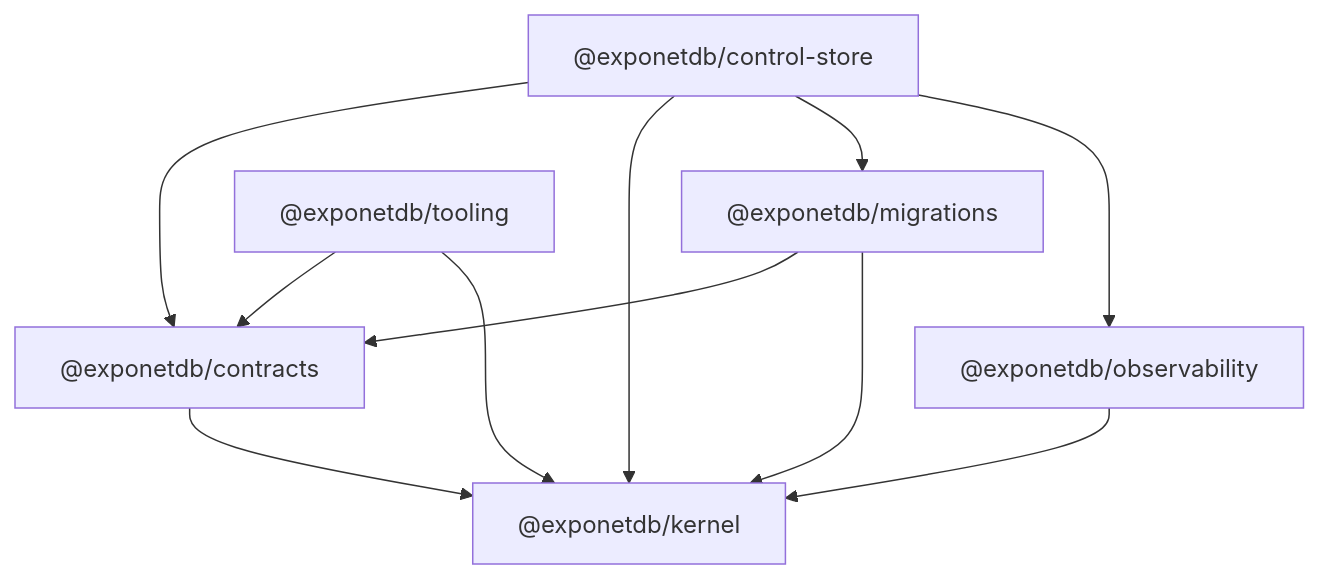
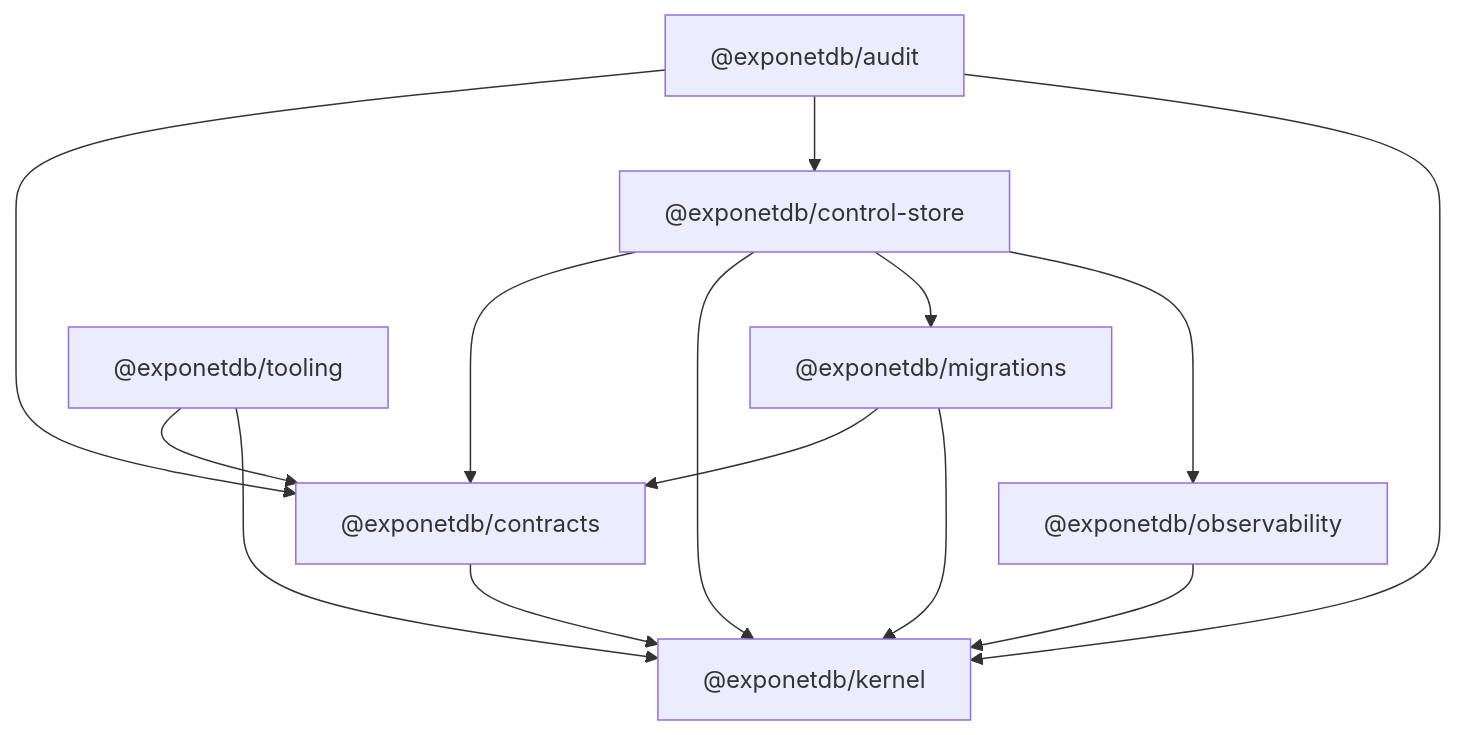
Before and after one commit to davdxpx/ExponetDB: the diagram in tooling/boundaries/package-graph.md, drawn with Mermaid. The commit also changed 46 other files, not shown here.

````diff
--- a/tooling/boundaries/package-graph.md
+++ b/tooling/boundaries/package-graph.md
@@ -7,19 +7,23 @@
 ```mermaid
 graph TD
+  packages_audit["@exponetdb/audit"]
   packages_contracts["@exponetdb/contracts"]
   packages_control-store["@exponetdb/control-store"]
   packages_kernel["@exponetdb/kernel"]
   packages_migrations["@exponetdb/migrations"]
   packages_observability["@exponetdb/observability"]
   tooling["@exponetdb/tooling"]
+  packages_audit["@exponetdb/audit"] --> packages_contracts
+  packages_audit["@exponetdb/audit"] --> packages_control-store
+  packages_audit["@exponetdb/audit"] --> packages_kernel
   packages_contracts["@exponetdb/contracts"] --> packages_kernel
   packages_control-store["@exponetdb/control-store"] --> packages_contracts
   packages_control-store["@exponetdb/control-store"] --> packages_kernel
   packages_control-store["@exponetdb/control-store"] --> packages_migrations
   packages_control-store["@exponetdb/control-store"] --> packages_observability
   packages_migrations["@exponetdb/migrations"] --> packages_contracts
   packages_migrations["@exponetdb/migrations"] --> packages_kernel
   packages_observability["@exponetdb/observability"] --> packages_kernel
   tooling["@exponetdb/tooling"] --> packages_contracts
   tooling["@exponetdb/tooling"] --> packages_kernel
 ```
````
